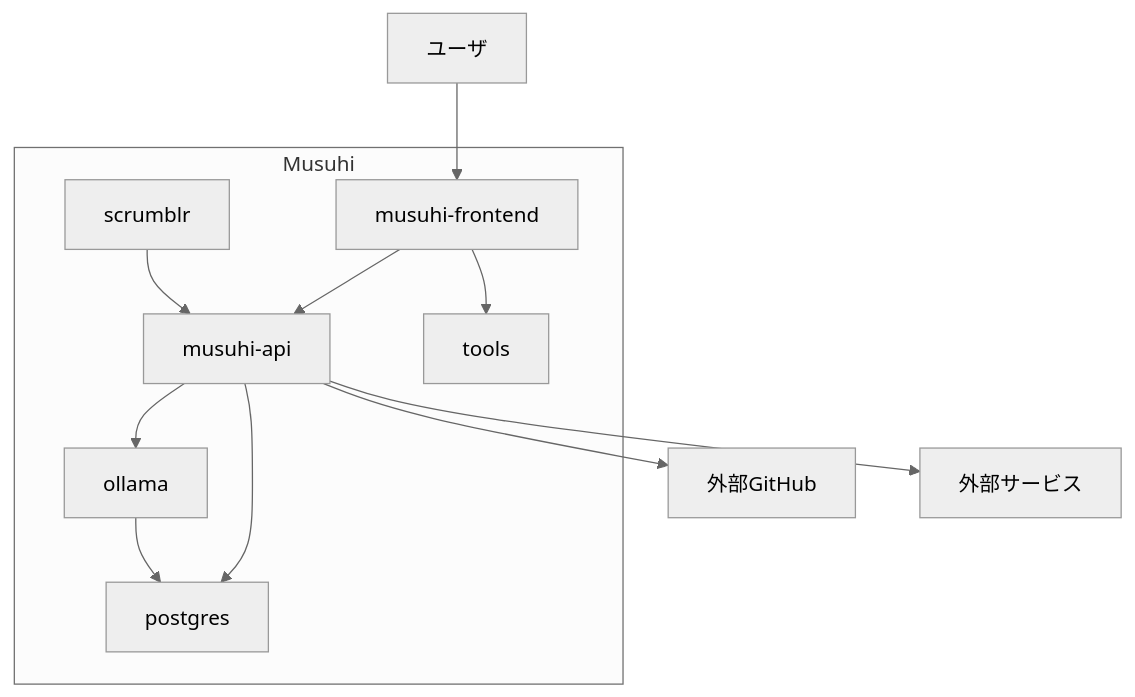
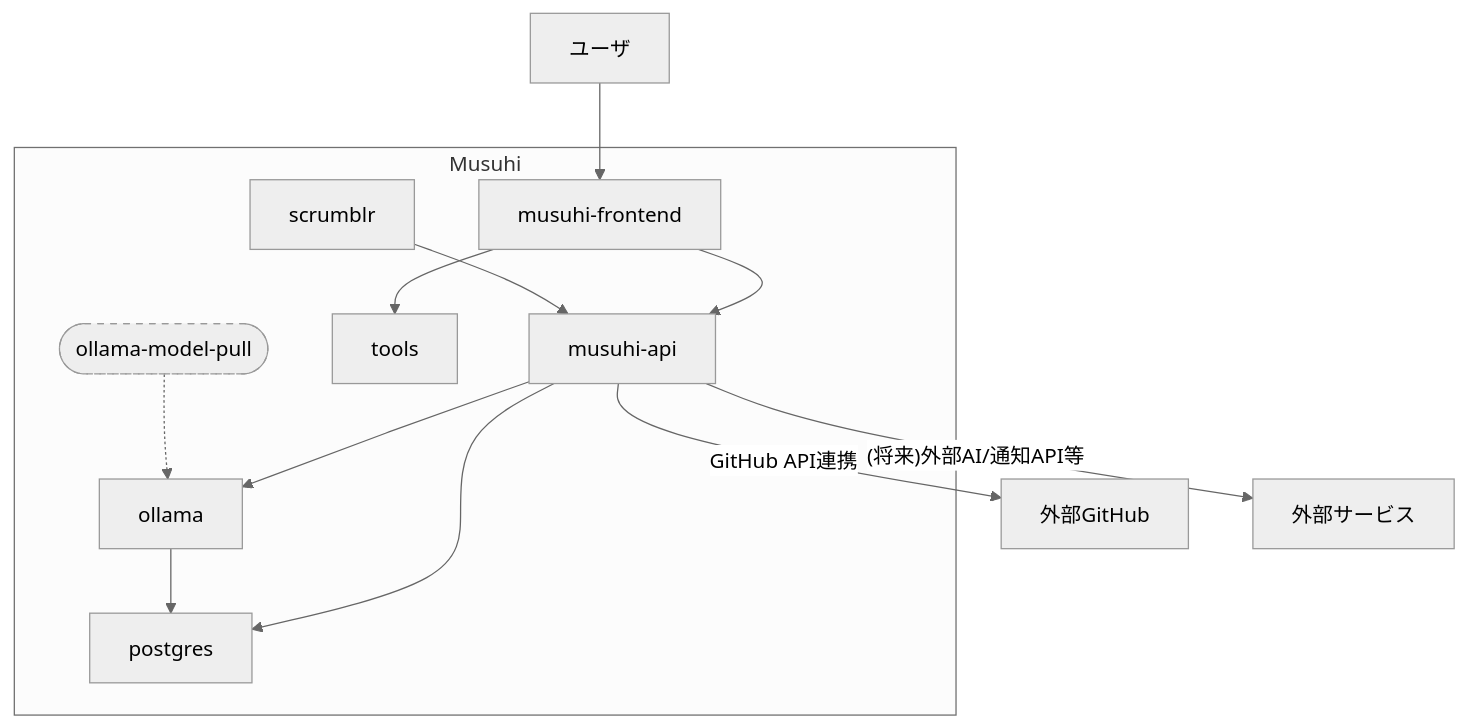
The diagram in _document/003.設計・開発・テストフェーズ/003.設計/システム構成図.md (BossApe/lo-vibe), drawn with Mermaid (neutral theme) before and after one commit. The commit also changed other lines of this file, not shown here.

Commit message:
ollama-model-pullと外部サービス連携注釈を構成図・説明に反映

````diff
--- a/_document/003.設計・開発・テストフェーズ/003.設計/システム構成図.md
+++ b/_document/003.設計・開発・テストフェーズ/003.設計/システム構成図.md
@@ -21,23 +21,26 @@
 ```mermaid
 graph TD
     subgraph Musuhi
         A[musuhi-frontend]
         B[musuhi-api]
         C[scrumblr]
         D[tools]
         E[ollama]
         F[postgres]
+        J([ollama-model-pull]):::dashed
     end
     G[ユーザ]
     H[外部GitHub]
     I[外部サービス]
     G --> A
     A --> B
     B --> F
     B --> E
-    B --> H
-    B --> I
+    B -- "GitHub API連携" --> H
+    B -- "(将来)外部AI/通知API等" --> I
     A --> D
     C --> B
     E --> F
+    J -.-> E
+    classDef dashed stroke-dasharray: 5 5;
 ```
````
